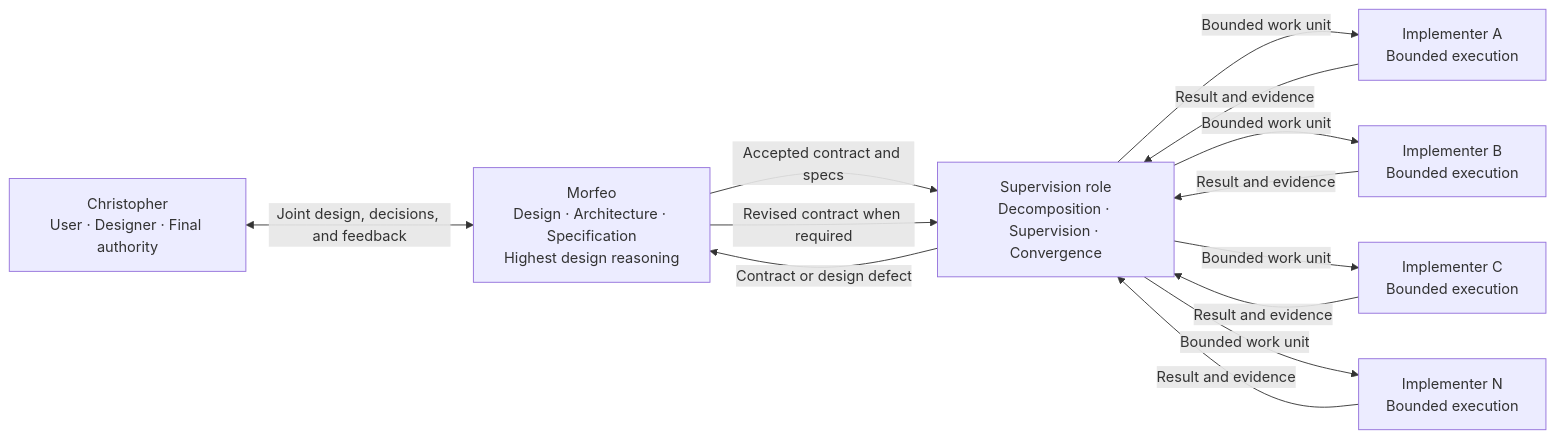
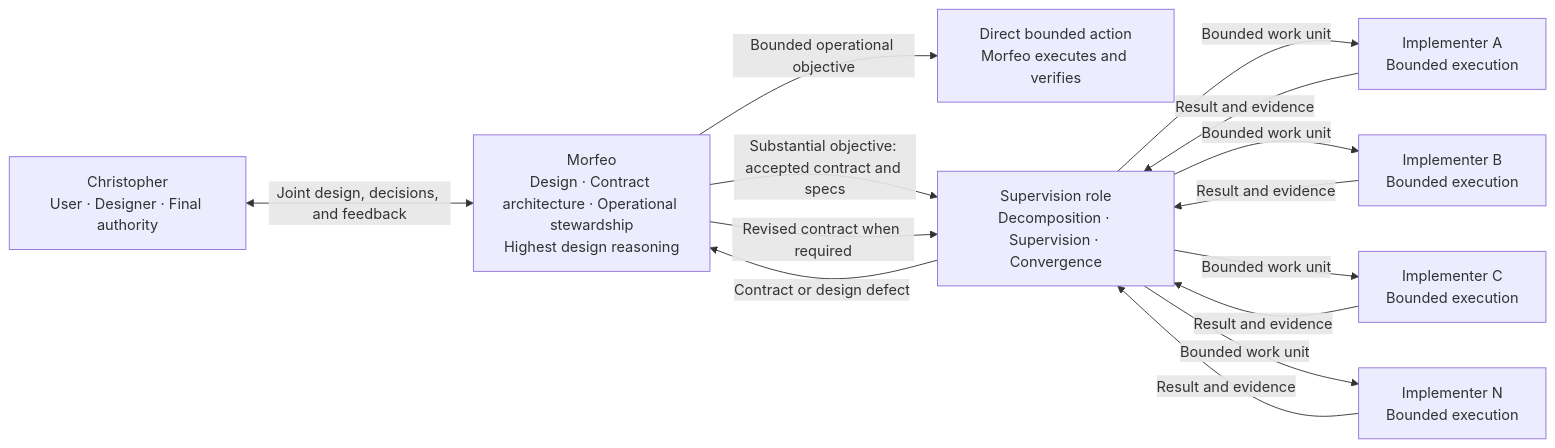
Before and after one commit to DarkArty07/Aether-Agents: the diagram in DESIGN.md, drawn with Mermaid. The commit also changed other lines of this file and 21 other files, not shown here.

````diff
--- a/DESIGN.md
+++ b/DESIGN.md
@@ -50,27 +51,29 @@
 ```mermaid
 flowchart LR
     U["Christopher<br/>User · Designer · Final authority"]
-    M["Morfeo<br/>Design · Architecture · Specification<br/>Highest design reasoning"]
+    M["Morfeo<br/>Design · Contract architecture · Operational stewardship<br/>Highest design reasoning"]
+    D["Direct bounded action<br/>Morfeo executes and verifies"]
     S["Supervision role<br/>Decomposition · Supervision · Convergence"]
 
     I1["Implementer A<br/>Bounded execution"]
     I2["Implementer B<br/>Bounded execution"]
     I3["Implementer C<br/>Bounded execution"]
     IN["Implementer N<br/>Bounded execution"]
 
     U <-->|"Joint design, decisions, and feedback"| M
-    M -->|"Accepted contract and specs"| S
+    M -->|"Bounded operational objective"| D
+    M -->|"Substantial objective: accepted contract and specs"| S
 
     S -->|"Bounded work unit"| I1
     S -->|"Bounded work unit"| I2
     S -->|"Bounded work unit"| I3
     S -->|"Bounded work unit"| IN
 
     I1 -->|"Result and evidence"| S
     I2 -->|"Result and evidence"| S
     I3 -->|"Result and evidence"| S
     IN -->|"Result and evidence"| S
 
     S -->|"Contract or design defect"| M
     M -->|"Revised contract when required"| S
 ```
````
